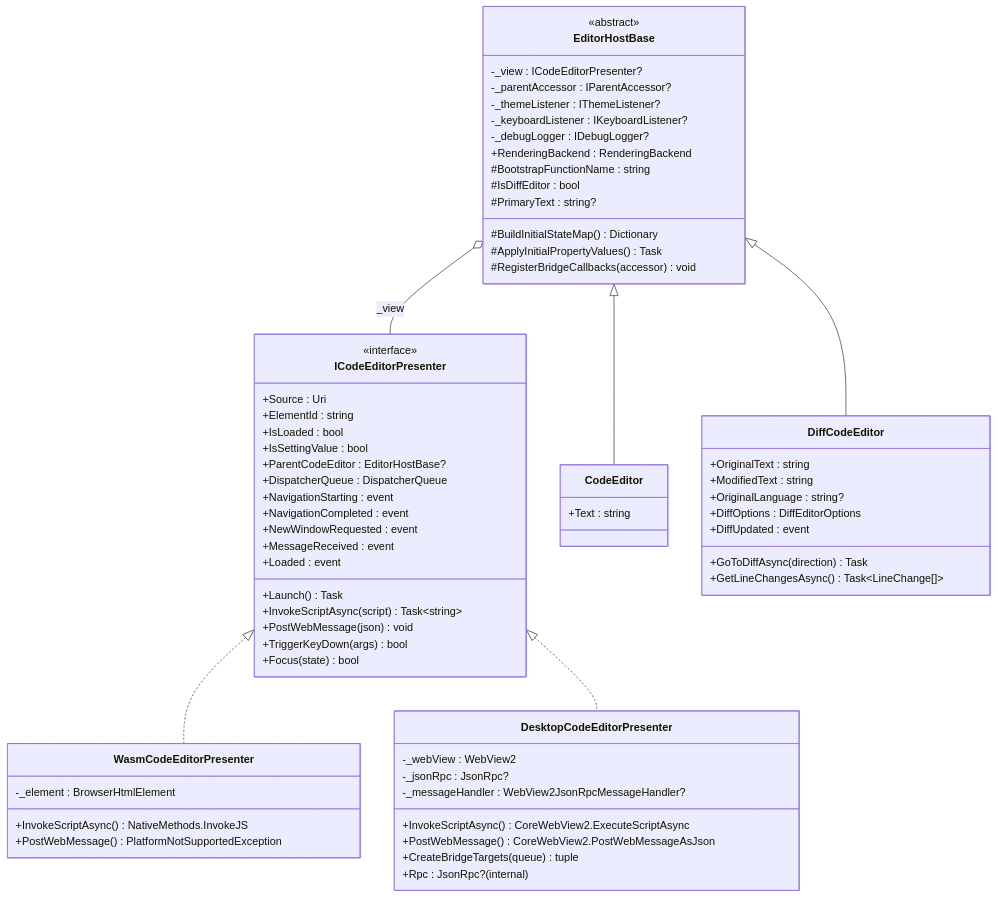
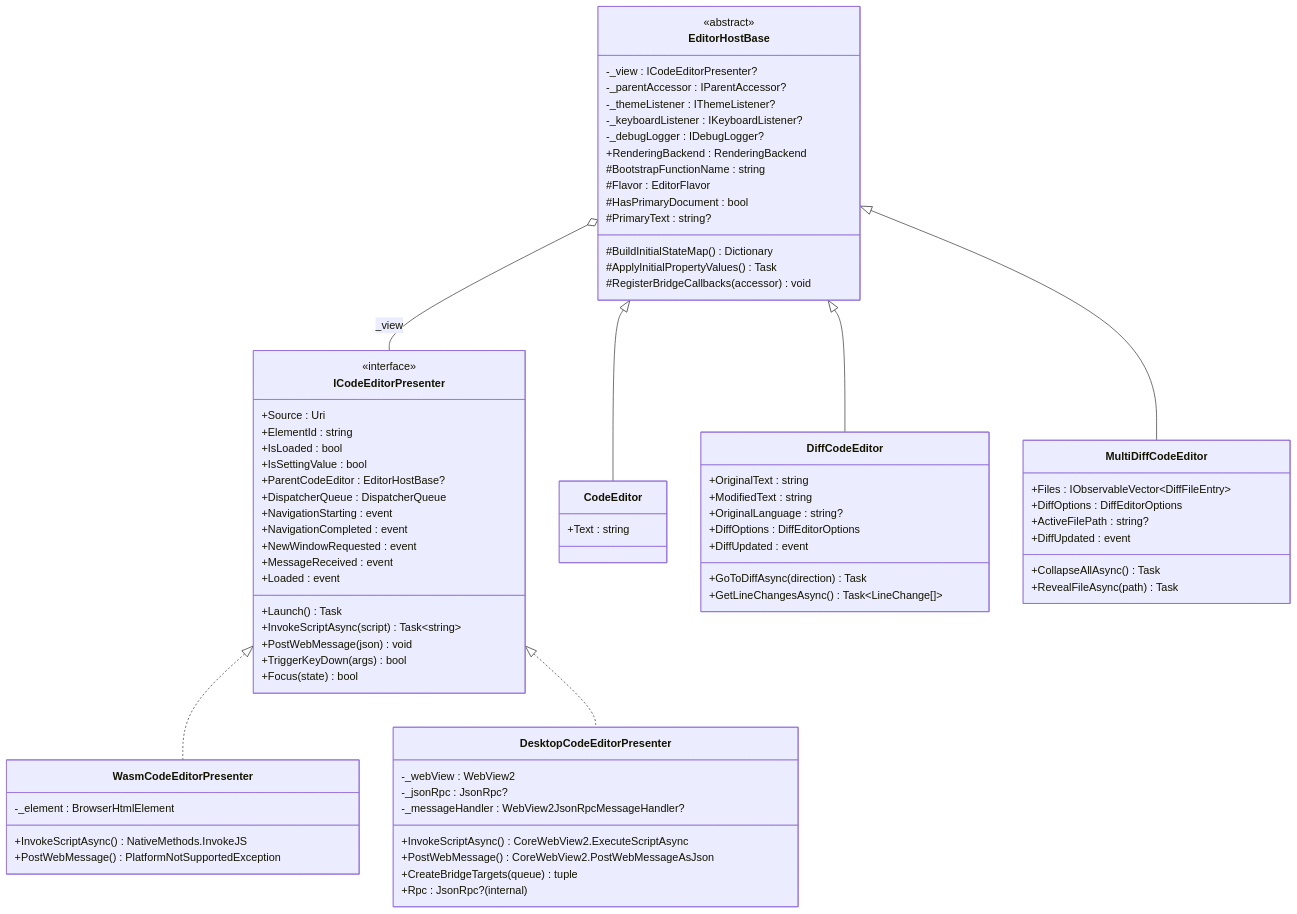
One commit to unoplatform/uno.monaco.editor changed the seventh of 9 diagrams in docs/architecture.md. Above: the diagram before and after it, drawn with Mermaid. The commit also changed other lines of this file and 3 other files, not shown here.

First line of the commit message:
docs: document MultiDiffCodeEditor

````diff
--- a/docs/architecture.md
+++ b/docs/architecture.md
@@ -264,7 +265,8 @@
         -_debugLogger : IDebugLogger?
         +RenderingBackend : RenderingBackend
         #BootstrapFunctionName : string
-        #IsDiffEditor : bool
+        #Flavor : EditorFlavor
+        #HasPrimaryDocument : bool
         #PrimaryText : string?
         #BuildInitialStateMap() Dictionary
         #ApplyInitialPropertyValues() Task
@@ -285,9 +287,19 @@
         +GetLineChangesAsync() Task~LineChange[]~
     }
 
+    class MultiDiffCodeEditor {
+        +Files : IObservableVector~DiffFileEntry~
+        +DiffOptions : DiffEditorOptions
+        +ActiveFilePath : string?
+        +DiffUpdated : event
+        +CollapseAllAsync() Task
+        +RevealFileAsync(path) Task
+    }
+
     ICodeEditorPresenter <|.. WasmCodeEditorPresenter
     ICodeEditorPresenter <|.. DesktopCodeEditorPresenter
     EditorHostBase <|-- CodeEditor
     EditorHostBase <|-- DiffCodeEditor
+    EditorHostBase <|-- MultiDiffCodeEditor
     EditorHostBase o-- ICodeEditorPresenter : _view
 ```
````
